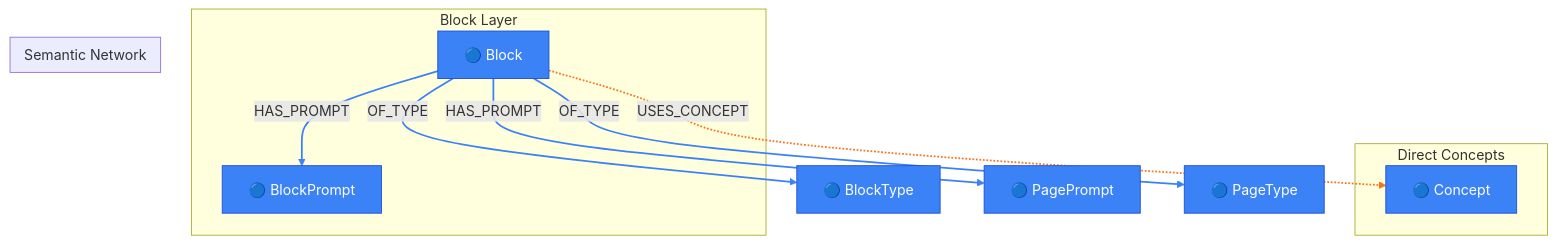
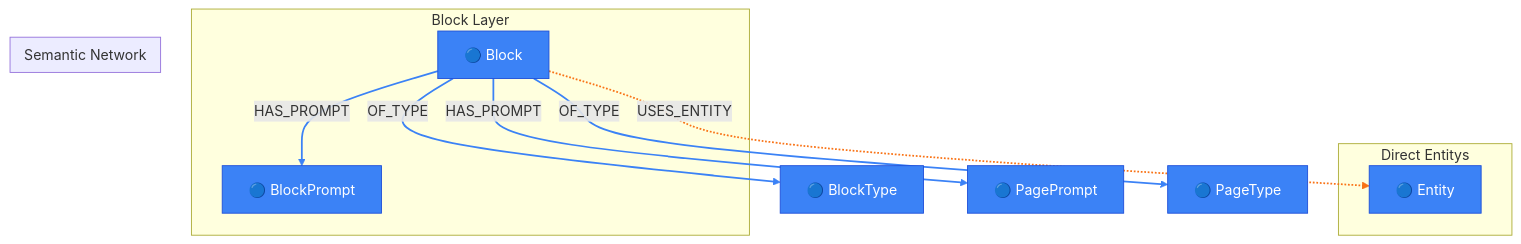
The diagram in packages/core/models/docs/block-semantic-network.md (supernovae-st/novanet), drawn with Mermaid before and after one commit. The commit also changed other lines of this file and 42 other files, not shown here.

First line of the commit message:
refactor(core): complete v10.3 Entity-Centric Architecture cleanup

````diff
--- a/packages/core/models/docs/block-semantic-network.md
+++ b/packages/core/models/docs/block-semantic-network.md
@@ -32,49 +32,49 @@
 ```mermaid
 flowchart TB
   %% View: Spreading Activation (block-semantic-network)
   %% 6 nodes, 5 edges
 
   %% Trait styling (node_trait)
   classDef invariant fill:#3b82f6,stroke:#1d4ed8,color:#fff
   classDef localized fill:#22c55e,stroke:#16a34a,color:#fff
   classDef knowledge fill:#8b5cf6,stroke:#7c3aed,color:#fff
   classDef derived fill:#9ca3af,stroke:#6b7280,color:#fff
   classDef job fill:#6b7280,stroke:#4b5563,color:#fff
 
   subgraph BLOCK_LAYER["Block Layer"]
     Block["🔵 Block"]
     BlockPrompt["🔵 BlockPrompt"]
   end
 
-  subgraph DIRECT_CONCEPTS["Direct Concepts"]
-    Concept["🔵 Concept"]
+  subgraph DIRECT_ENTITYS["Direct Entitys"]
+    Entity["🔵 Entity"]
   end
 
   subgraph SEMANTIC_NETWORK["Semantic Network"]
-    Concept["🔵 Concept"]
+    Entity["🔵 Entity"]
   end
 
   %% Additional reachable nodes
   BlockType["🔵 BlockType"]
   PagePrompt["🔵 PagePrompt"]
   PageType["🔵 PageType"]
 
   %% Relationships (styled by arc family)
   Block -->|HAS_PROMPT| BlockPrompt
   Block -->|HAS_PROMPT| PagePrompt
   Block -->|OF_TYPE| BlockType
   Block -->|OF_TYPE| PageType
-  Block -.->|USES_CONCEPT| Concept
+  Block -.->|USES_ENTITY| Entity
 
   %% Edge colors by family
   linkStyle 0,1,2,3 stroke:#3b82f6,stroke-width:2px
   linkStyle 4 stroke:#f97316,stroke-width:2px
 
   %% Class assignments
   class Block invariant
   class BlockPrompt invariant
   class BlockType invariant
-  class Concept invariant
+  class Entity invariant
   class PagePrompt invariant
   class PageType invariant
 ```
````
